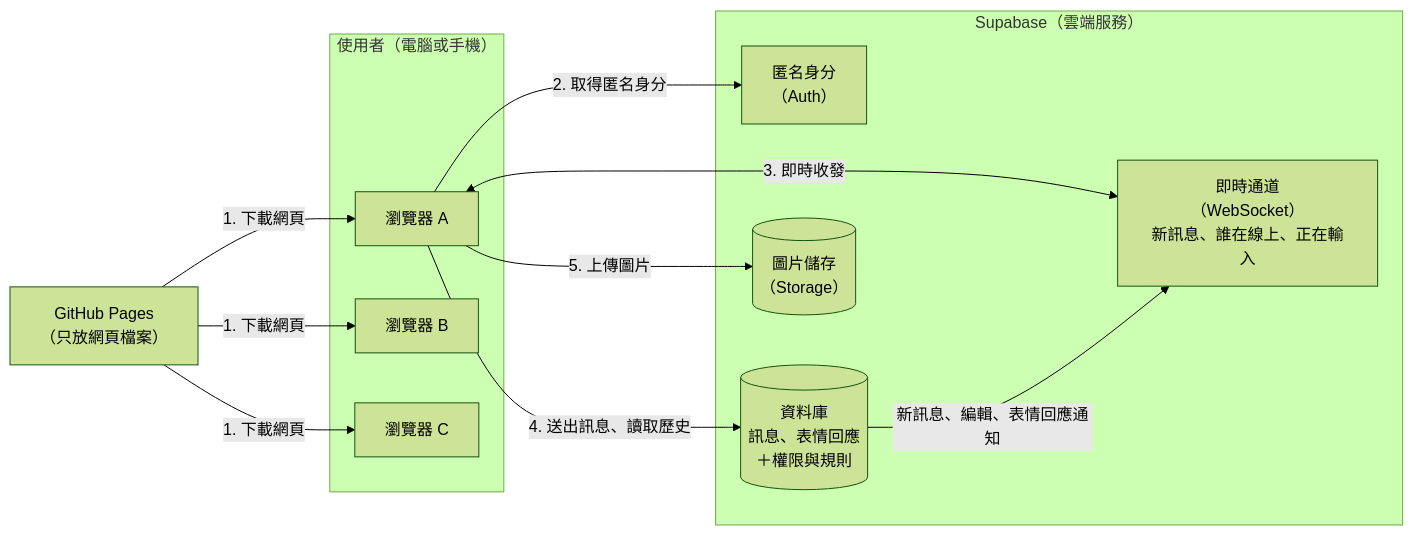
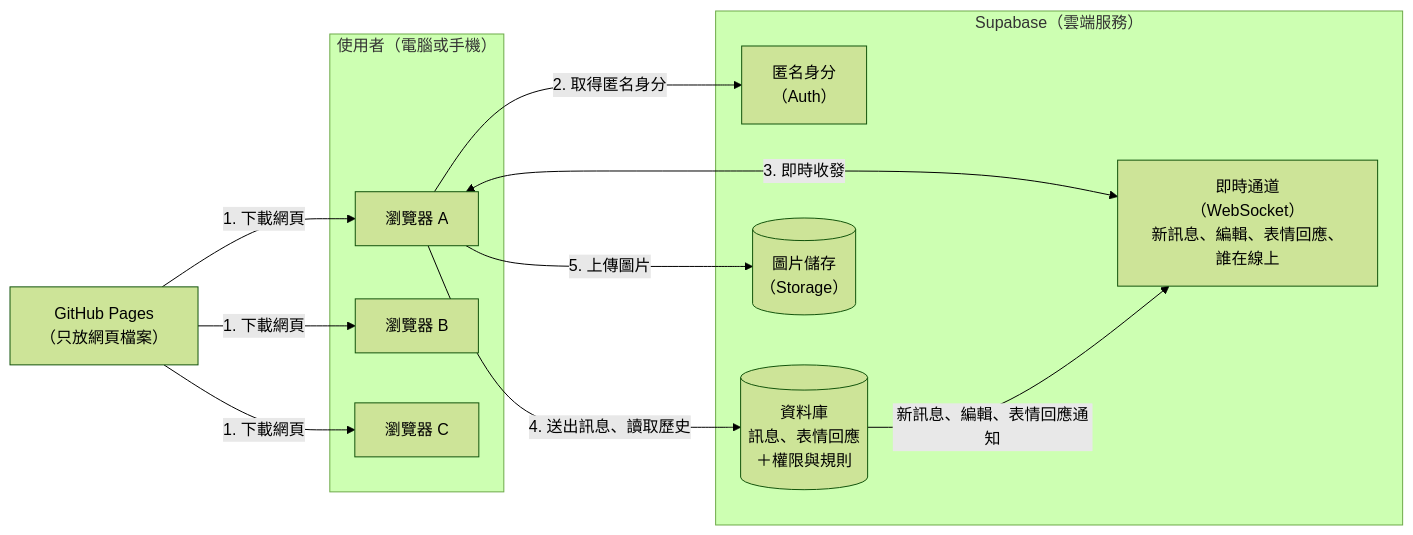
One commit to 411332052-spec/ch3 changed the diagram in docs/architecture.md. Above: the diagram before and after it, drawn with Mermaid (forest theme). The commit also changed other lines of this file and 2 other files, not shown here.

````diff
--- a/docs/architecture.md
+++ b/docs/architecture.md
@@ -60,27 +60,27 @@
 ```mermaid
 flowchart LR
     subgraph users["使用者（電腦或手機）"]
         B1["瀏覽器 A"]
         B2["瀏覽器 B"]
         B3["瀏覽器 C"]
     end
 
     GH["GitHub Pages<br/>（只放網頁檔案）"]
 
     subgraph sb["Supabase（雲端服務）"]
         AU["匿名身分<br/>（Auth）"]
         DB[("資料庫<br/>訊息、表情回應<br/>＋權限與規則")]
         ST[("圖片儲存<br/>（Storage）")]
-        RT["即時通道<br/>（WebSocket）<br/>新訊息、誰在線上、正在輸入"]
+        RT["即時通道<br/>（WebSocket）<br/>新訊息、編輯、表情回應、誰在線上"]
     end
 
     GH -- "1. 下載網頁" --> B1
     GH -- "1. 下載網頁" --> B2
     GH -- "1. 下載網頁" --> B3
 
     B1 -- "2. 取得匿名身分" --> AU
     B1 <-- "3. 即時收發" --> RT
     B1 -- "4. 送出訊息、讀取歷史" --> DB
     B1 -- "5. 上傳圖片" --> ST
     DB -- "新訊息、編輯、表情回應通知" --> RT
 ```
````
